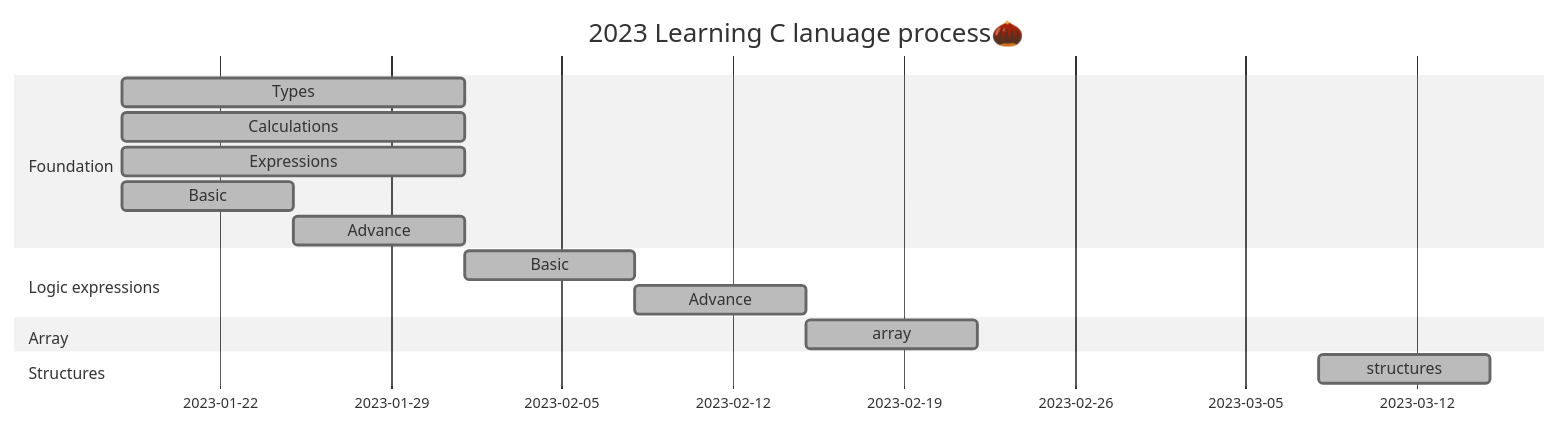
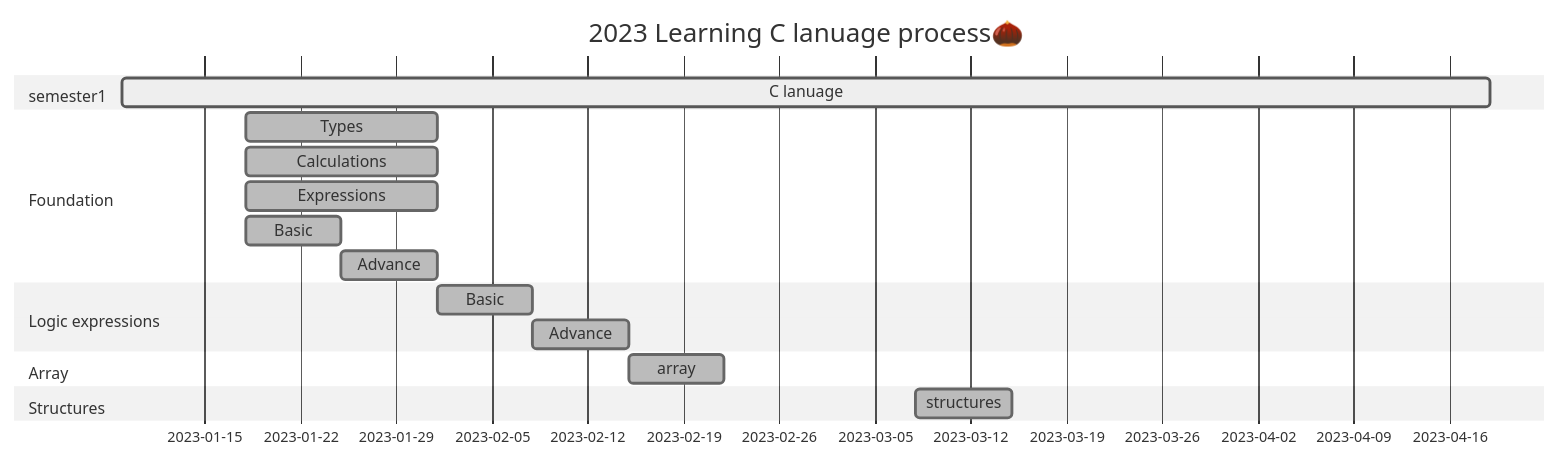
Before and after one commit to AimeeWen1992/Learning-C: the second of 2 diagrams in README.md, drawn with Mermaid (neutral theme).

````diff
--- a/README.md
+++ b/README.md
@@ -32,22 +32,24 @@
 ```mermaid
 gantt
 title 2023 Learning C lanuage process🌰
 dateFormat MM-DD
+section semester1
+        C lanuage    :active,01-09,100d
 section Foundation          
         Types        :done,01-18,14d
         Calculations :done,01-18,14d
         Expressions  :done,01-18,14d
         Basic   :done,01-18,7d
         Advance :done,01-25,7d
 
 section Logic expressions
         Basic   :done,des1,02-01,7d
         Advance :done,des2,after des1,7d
 
 section Array
         array :done,02-15,7d
 
 section Structures
         structures :done,03-08,7d
 
 ```
````
